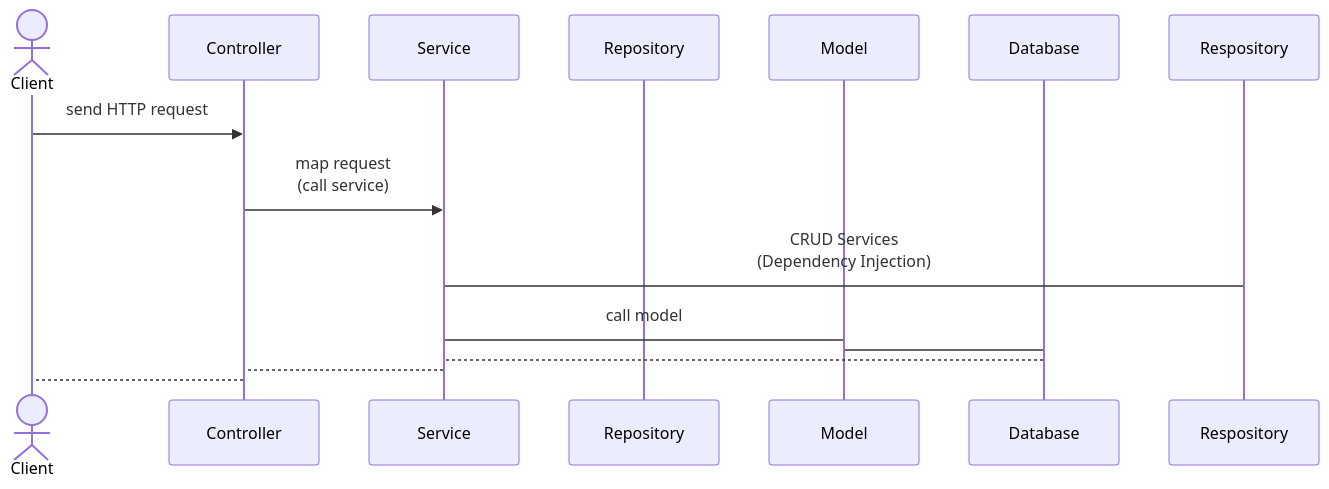
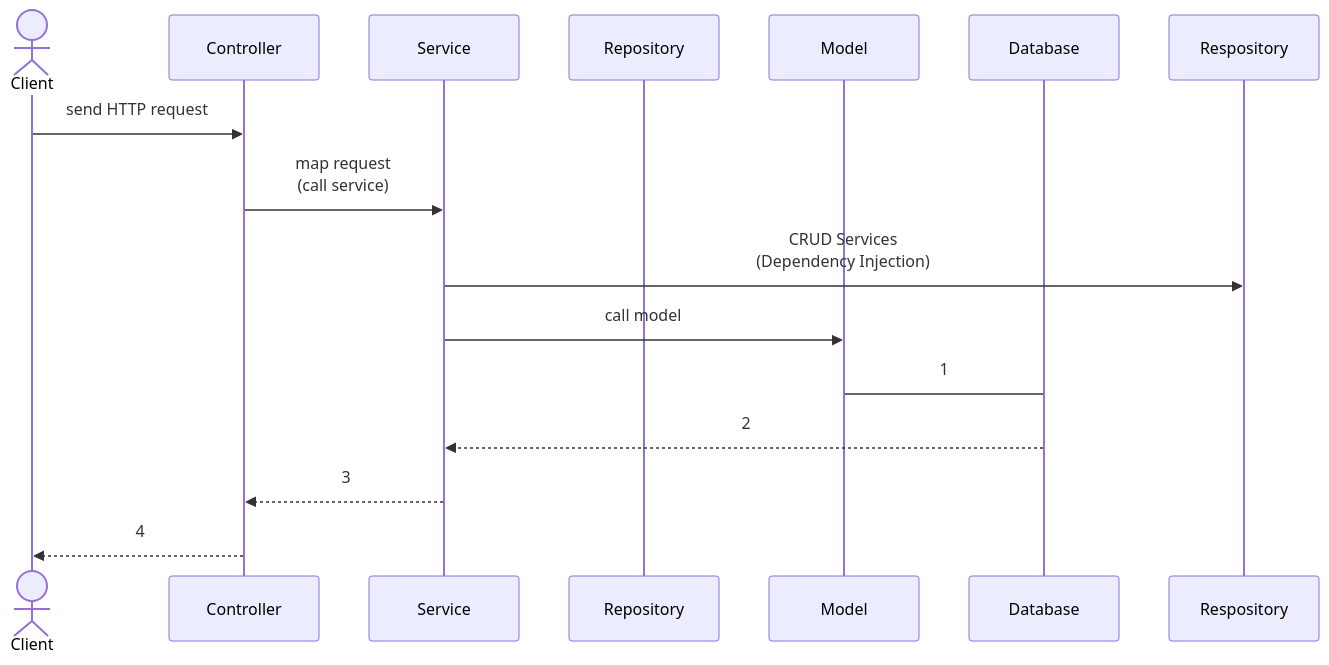
The diagram in README.md (kaytervn/Spring-Boot-Practice), drawn with Mermaid before and after one commit.

````diff
--- a/README.md
+++ b/README.md
@@ -12,17 +12,17 @@
 ```mermaid
 sequenceDiagram
     actor Client
     participant Controller
     participant Service
     participant Repository
     participant Model
     participant Database
     Client->>Controller: send HTTP request
     Controller->>Service: map request<br>(call service)
-    Service->Respository: CRUD Services<br>(Dependency Injection)
-    Service->Model: call model
-    Model->Database:
-    Database-->Service:
-    Service-->Controller:
-    Controller-->Client:
+    Service->>Respository: CRUD Services<br>(Dependency Injection)
+    Service->>Model: call model
+    Model->Database: 1
+    Database-->>Service: 2
+    Service-->>Controller: 3
+    Controller-->>Client: 4
 ```
````
